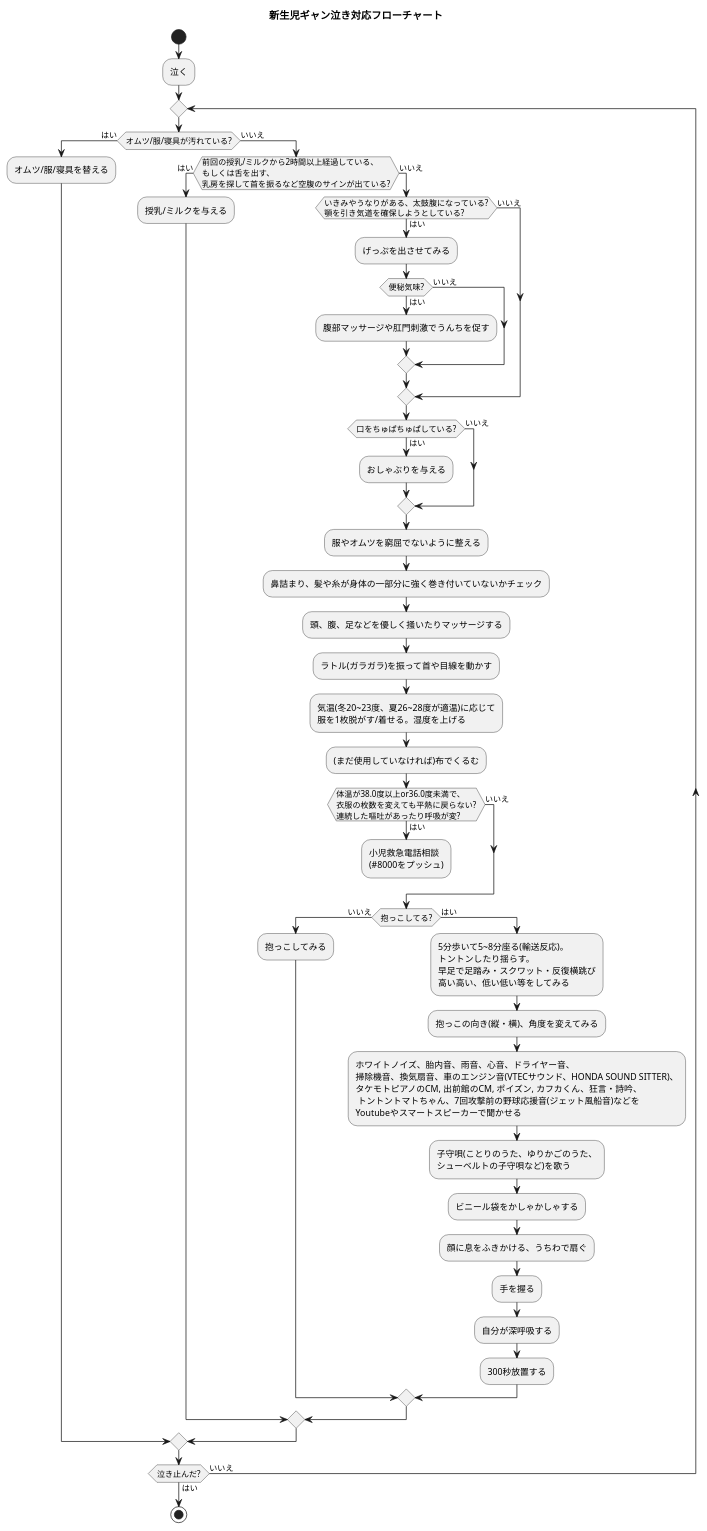
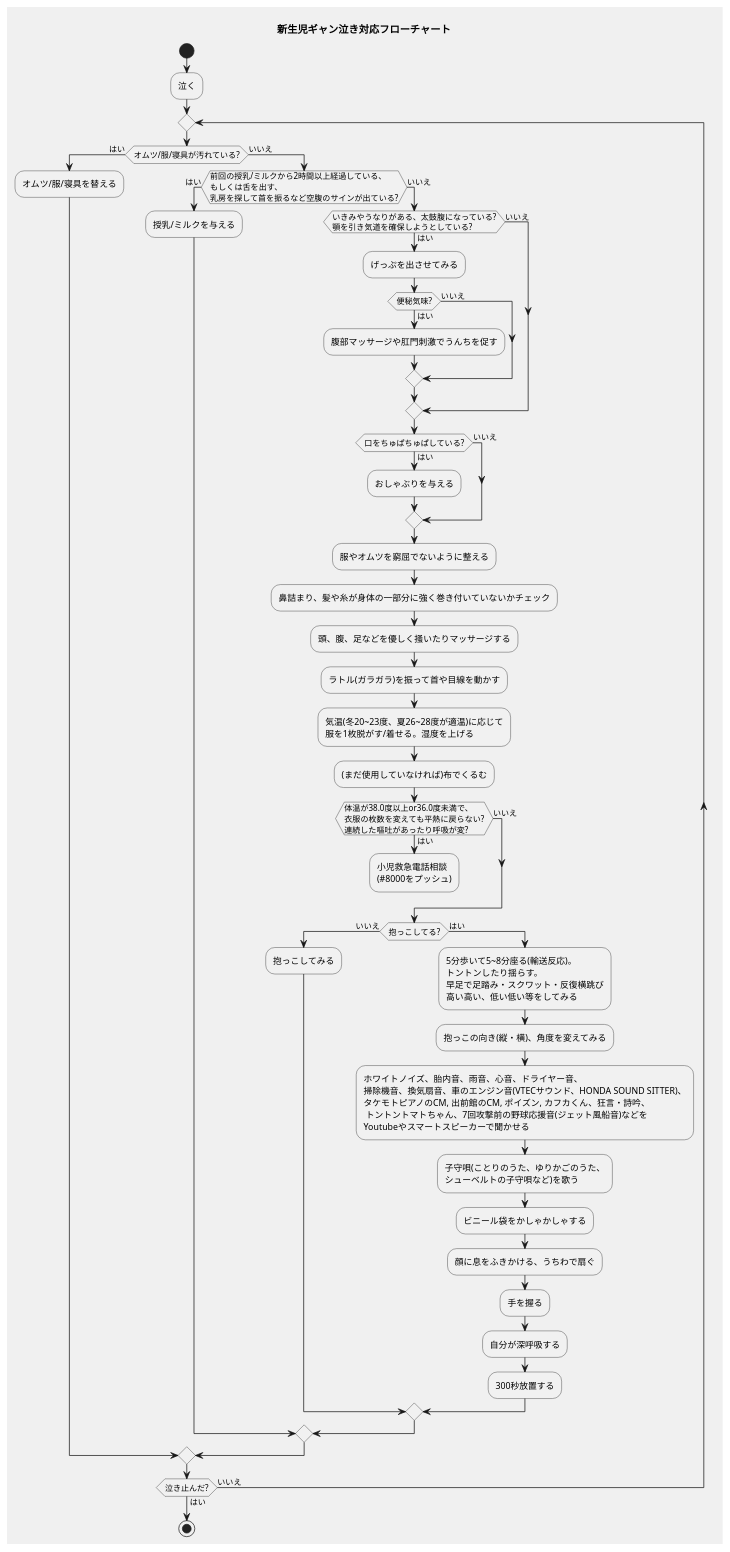
One commit to dakimura/gyan-crying-oncall-playbook changed the diagram in flowchart.puml. Above: the diagram before and after it, drawn with PlantUML. The commit also changed 2 other files, not shown here.

```diff
--- a/flowchart.puml
+++ b/flowchart.puml
@@ -1,57 +1,58 @@
 @startuml
-skinparam backgroundColor white
+skinparam backgroundColor #f0f0f0
+skinparam monochrome true
 title 新生児ギャン泣き対応フローチャート
 start
 
 :泣く;
 
 repeat;
   if (オムツ/服/寝具が汚れている?) then (はい)
     :オムツ/服/寝具を替える;
   else (いいえ)
     if (前回の授乳/ミルクから2時間以上経過している、\nもしくは舌を出す、\n乳房を探して首を振るなど空腹のサインが出ている?) then (はい)
       :授乳/ミルクを与える;
     else (いいえ)
       if (いきみやうなりがある、太鼓腹になっている?\n顎を引き気道を確保しようとしている?) then (はい)
         :げっぷを出させてみる;
         if (便秘気味?) then (はい)
           :腹部マッサージや肛門刺激でうんちを促す;
         else (いいえ)
         endif
       else (いいえ)
       endif
       if (口をちゅぱちゅぱしている?) then (はい)
         :おしゃぶりを与える;
       else (いいえ)
       endif
       :服やオムツを窮屈でないように整える;
       :鼻詰まり、髪や糸が身体の一部分に強く巻き付いていないかチェック;
       :頭、腹、足などを優しく掻いたりマッサージする;
       :ラトル(ガラガラ)を振って首や目線を動かす;
       :気温(冬20~23度、夏26~28度が適温)に応じて\n服を1枚脱がす/着せる。湿度を上げる;
       :(まだ使用していなければ)布でくるむ;
       if (体温が38.0度以上or36.0度未満で、\n衣服の枚数を変えても平熱に戻らない?\n連続した嘔吐があったり呼吸が変?) then (はい)
         :小児救急電話相談\n(#8000をプッシュ);
         kill
       else (いいえ)
       endif
       if (抱っこしてる?) then (いいえ)
         :抱っこしてみる;
       else (はい)
         :5分歩いて5~8分座る(輸送反応)。\nトントンしたり揺らす。\n早足で足踏み・スクワット・反復横跳び\n高い高い、低い低い等をしてみる;
         :抱っこの向き(縦・横)、角度を変えてみる;
         :ホワイトノイズ、胎内音、雨音、心音、ドライヤー音、\n掃除機音、換気扇音、車のエンジン音(VTECサウンド、HONDA SOUND SITTER)、\nタケモトピアノのCM, 出前館のCM, ポイズン, カフカくん、狂言・詩吟、 \n トントントマトちゃん、7回攻撃前の野球応援音(ジェット風船音)などを\nYoutubeやスマートスピーカーで聞かせる;
         :子守唄(ことりのうた、ゆりかごのうた、\nシューベルトの子守唄など)を歌う;
         :ビニール袋をかしゃかしゃする;
         :顔に息をふきかける、うちわで扇ぐ;
         :手を握る;
         :自分が深呼吸する;
         :300秒放置する;
       endif
     endif
   endif
 repeat while (泣き止んだ?) is (いいえ) not (はい)
 
 stop
 
 @enduml
```
